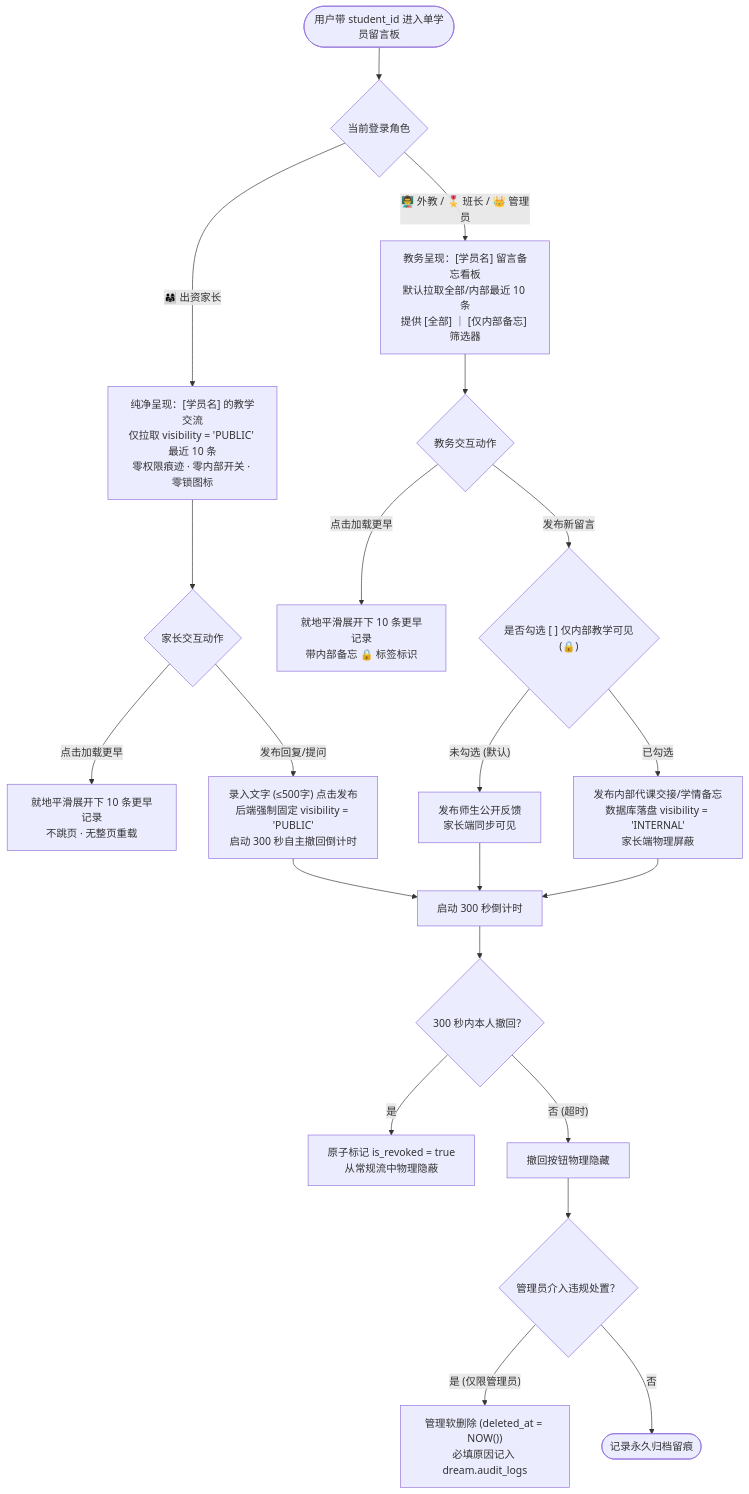
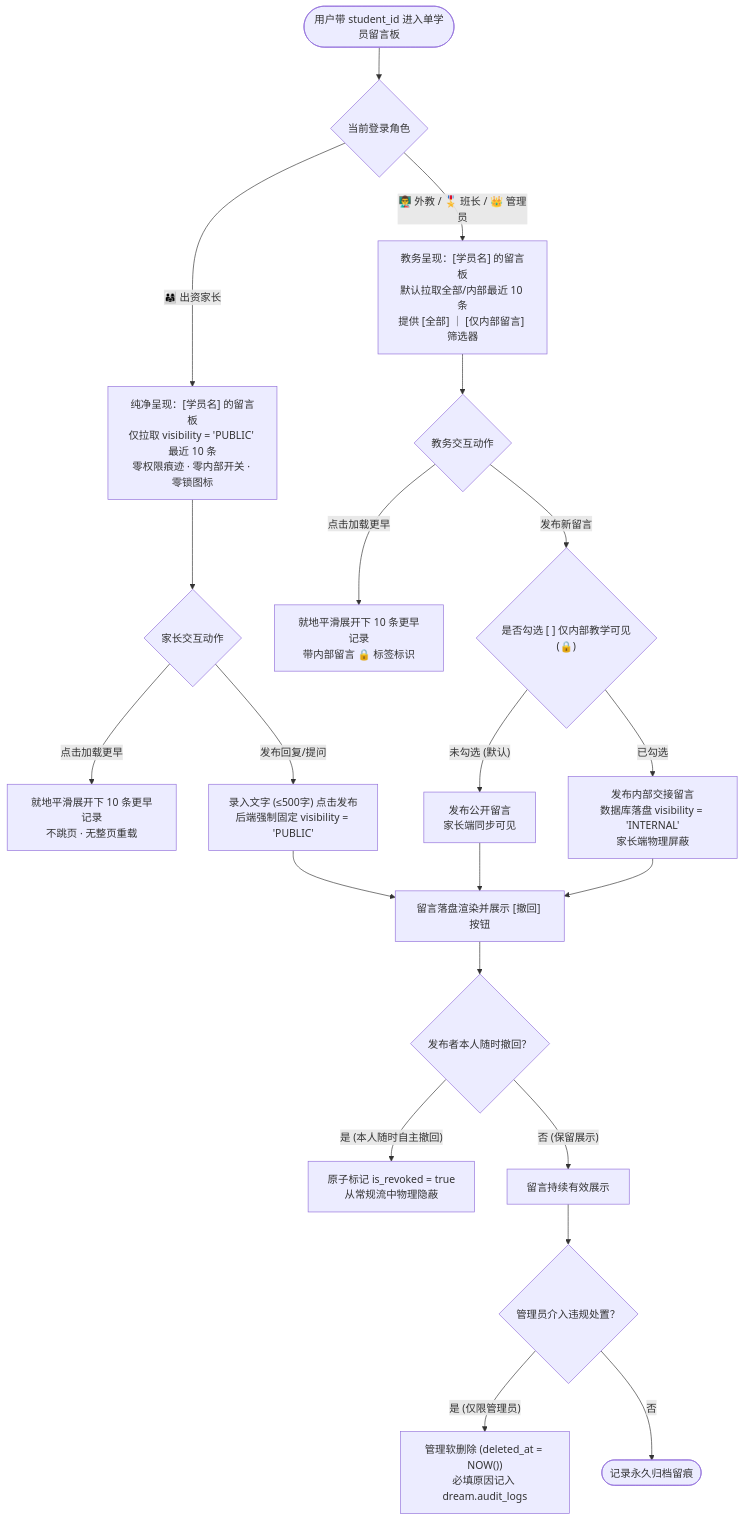
One commit to Onezao/dream changed the first of 2 diagrams in docs/prd/m1d_profile_messages.md. Above: the diagram before and after it, drawn with Mermaid. The commit also changed other lines of this file and 37 other files, not shown here.

````diff
--- a/docs/prd/m1d_profile_messages.md
+++ b/docs/prd/m1d_profile_messages.md
@@ -83,31 +83,31 @@
 ```mermaid
 flowchart TD
     Enter(["用户带 student_id 进入单学员留言板"]) --> CheckRole{当前登录角色}
     
     %% 家长路径
-    CheckRole -- "👨‍👩‍👧 出资家长" --> ParentView["纯净呈现：[学员名] 的教学交流\n仅拉取 visibility = 'PUBLIC' 最近 10 条\n零权限痕迹 · 零内部开关 · 零锁图标"]
+    CheckRole -- "👨‍👩‍👧 出资家长" --> ParentView["纯净呈现：[学员名] 的留言板\n仅拉取 visibility = 'PUBLIC' 最近 10 条\n零权限痕迹 · 零内部开关 · 零锁图标"]
     ParentView --> ParentAction{"家长交互动作"}
     ParentAction -- "点击加载更早" --> LoadMoreP["就地平滑展开下 10 条更早记录\n不跳页 · 无整页重载"]
-    ParentAction -- "发布回复/提问" --> PostPublicOnly["录入文字 (≤500字) 点击发布\n后端强制固定 visibility = 'PUBLIC'\n启动 300 秒自主撤回倒计时"]
+    ParentAction -- "发布回复/提问" --> PostPublicOnly["录入文字 (≤500字) 点击发布\n后端强制固定 visibility = 'PUBLIC'"]
     
     %% 教师/班长/管理路径
-    CheckRole -- "👨‍🏫 外教 / 🎖️ 班长 / 👑 管理员" --> StaffView["教务呈现：[学员名] 留言备忘看板\n默认拉取全部/内部最近 10 条\n提供 [全部] ｜ [仅内部备忘] 筛选器"]
+    CheckRole -- "👨‍🏫 外教 / 🎖️ 班长 / 👑 管理员" --> StaffView["教务呈现：[学员名] 的留言板\n默认拉取全部/内部最近 10 条\n提供 [全部] ｜ [仅内部留言] 筛选器"]
     StaffView --> StaffAction{"教务交互动作"}
-    StaffAction -- "点击加载更早" --> LoadMoreS["就地平滑展开下 10 条更早记录\n带内部备忘 🔒 标签标识"]
+    StaffAction -- "点击加载更早" --> LoadMoreS["就地平滑展开下 10 条更早记录\n带内部留言 🔒 标签标识"]
     StaffAction -- "发布新留言" --> SelectVis{"是否勾选 [ ] 仅内部教学可见(🔒)"}
-    SelectVis -- "未勾选 (默认)" --> PostStaffPublic["发布师生公开反馈\n家长端同步可见"]
-    SelectVis -- "已勾选" --> PostStaffInternal["发布内部代课交接/学情备忘\n数据库落盘 visibility = 'INTERNAL'\n家长端物理屏蔽"]
+    SelectVis -- "未勾选 (默认)" --> PostStaffPublic["发布公开留言\n家长端同步可见"]
+    SelectVis -- "已勾选" --> PostStaffInternal["发布内部交接留言\n数据库落盘 visibility = 'INTERNAL'\n家长端物理屏蔽"]
     
     %% 撤回与审计
-    PostPublicOnly --> StartRevokeTimer["启动 300 秒倒计时"]
-    PostStaffPublic --> StartRevokeTimer
-    PostStaffInternal --> StartRevokeTimer
+    PostPublicOnly --> MsgRendered["留言落盘渲染并展示 [撤回] 按钮"]
+    PostStaffPublic --> MsgRendered
+    PostStaffInternal --> MsgRendered
     
-    StartRevokeTimer --> DoRevoke{"300 秒内本人撤回？"}
-    DoRevoke -- "是" --> RevokeSuccess["原子标记 is_revoked = true\n从常规流中物理隐蔽"]
-    DoRevoke -- "否 (超时)" --> LockMsg["撤回按钮物理隐藏"]
+    MsgRendered --> DoRevoke{"发布者本人随时撤回？"}
+    DoRevoke -- "是 (本人随时自主撤回)" --> RevokeSuccess["原子标记 is_revoked = true\n从常规流中物理隐蔽"]
+    DoRevoke -- "否 (保留展示)" --> MsgStay["留言持续有效展示"]
     
-    LockMsg --> AdminAudit{"管理员介入违规处置？"}
+    MsgStay --> AdminAudit{"管理员介入违规处置？"}
     AdminAudit -- "是 (仅限管理员)" --> AdminSoftDelete["管理软删除 (deleted_at = NOW())\n必填原因记入 dream.audit_logs"]
     AdminAudit -- "否" --> Archived(["记录永久归档留痕"])
 ```
````
